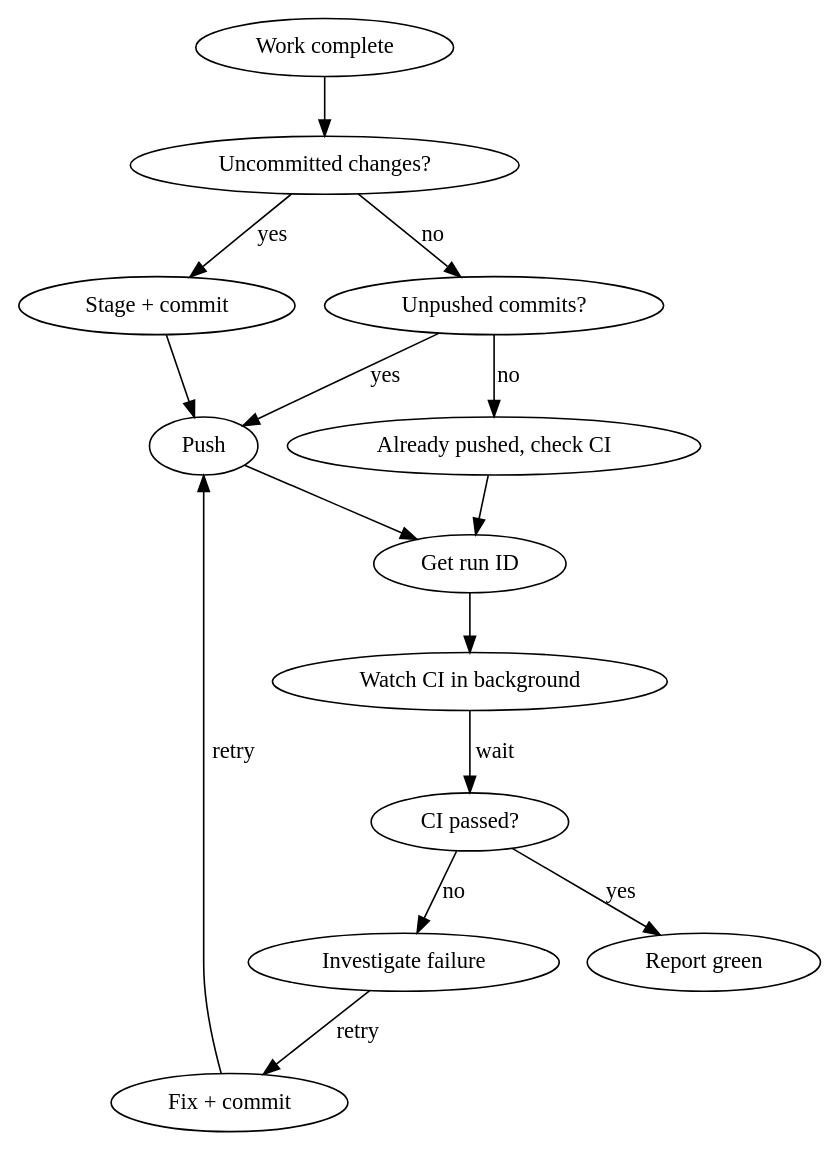
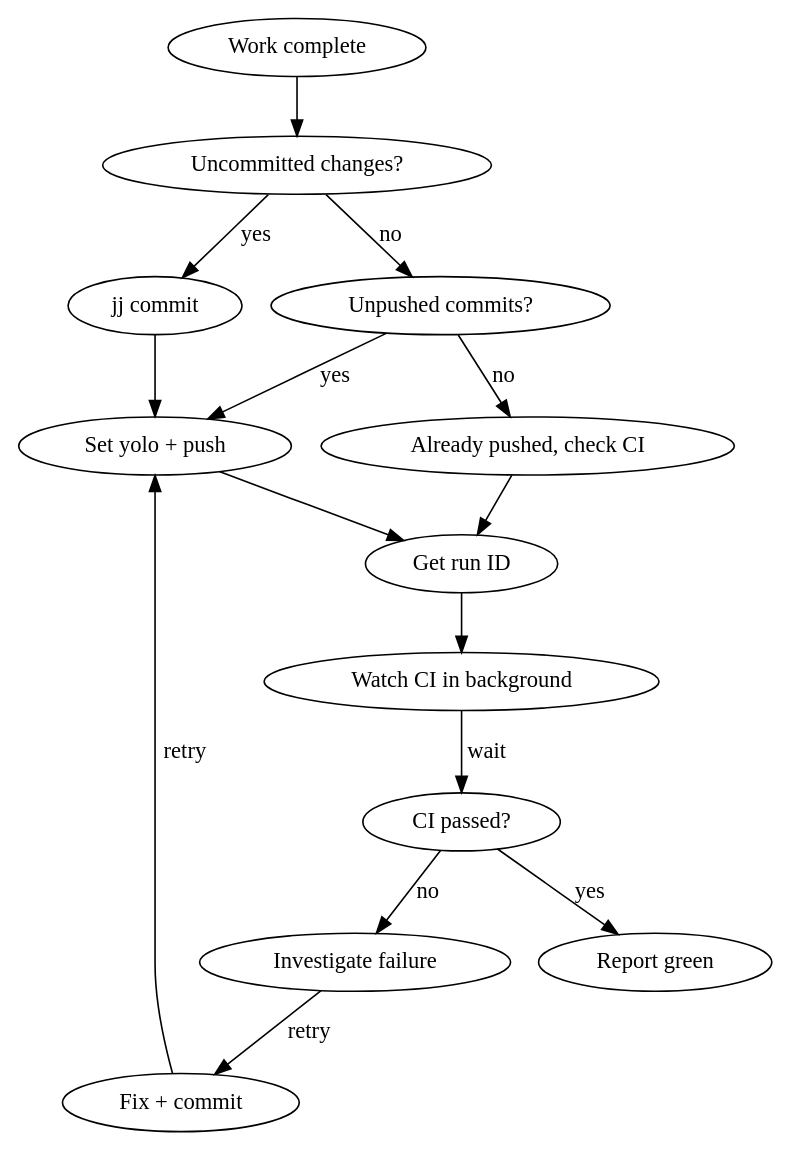
One commit to pmarreck/llm_skills changed the diagram in ship/SKILL.md. Above: the diagram before and after it, drawn with Graphviz. The commit also changed other lines of this file and 7 other files, not shown here.

````diff
--- a/ship/SKILL.md
+++ b/ship/SKILL.md
@@ -30,17 +32,17 @@
 ```dot
 digraph ship {
   "Work complete" -> "Uncommitted changes?";
-  "Uncommitted changes?" -> "Stage + commit" [label="yes"];
+  "Uncommitted changes?" -> "jj commit" [label="yes"];
   "Uncommitted changes?" -> "Unpushed commits?" [label="no"];
-  "Stage + commit" -> "Push";
-  "Unpushed commits?" -> "Push" [label="yes"];
+  "jj commit" -> "Set yolo + push";
+  "Unpushed commits?" -> "Set yolo + push" [label="yes"];
   "Unpushed commits?" -> "Already pushed, check CI" [label="no"];
-  "Push" -> "Get run ID";
+  "Set yolo + push" -> "Get run ID";
   "Already pushed, check CI" -> "Get run ID";
   "Get run ID" -> "Watch CI in background";
   "Watch CI in background" -> "CI passed?" [label="wait"];
   "CI passed?" -> "Report green" [label="yes"];
   "CI passed?" -> "Investigate failure" [label="no"];
-  "Investigate failure" -> "Fix + commit" -> "Push" [label="retry"];
+  "Investigate failure" -> "Fix + commit" -> "Set yolo + push" [label="retry"];
 }
 ```
````
